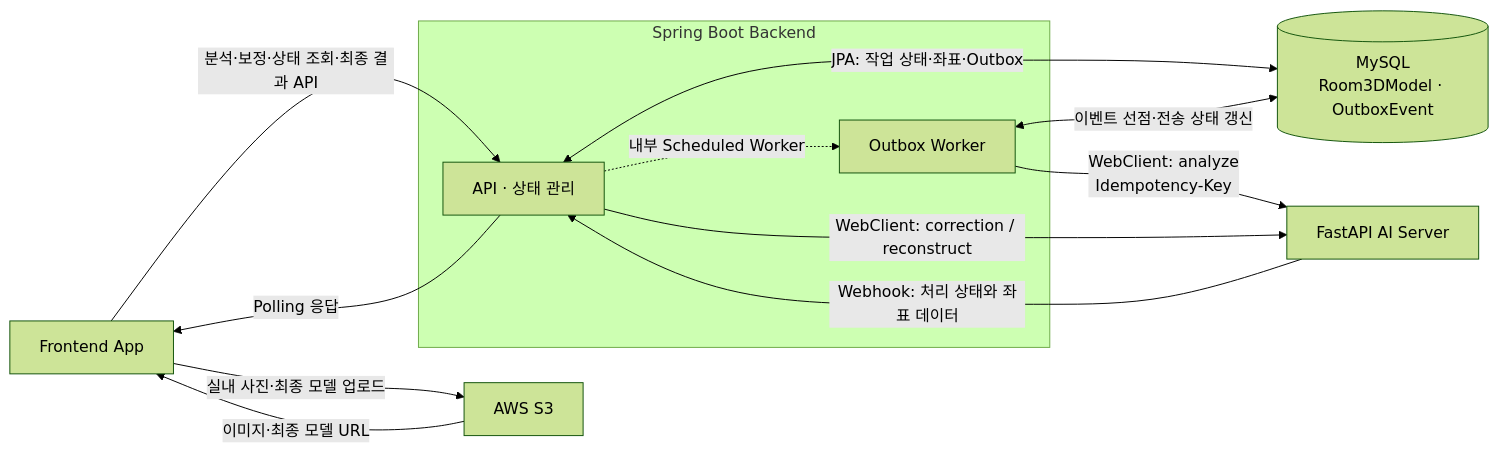
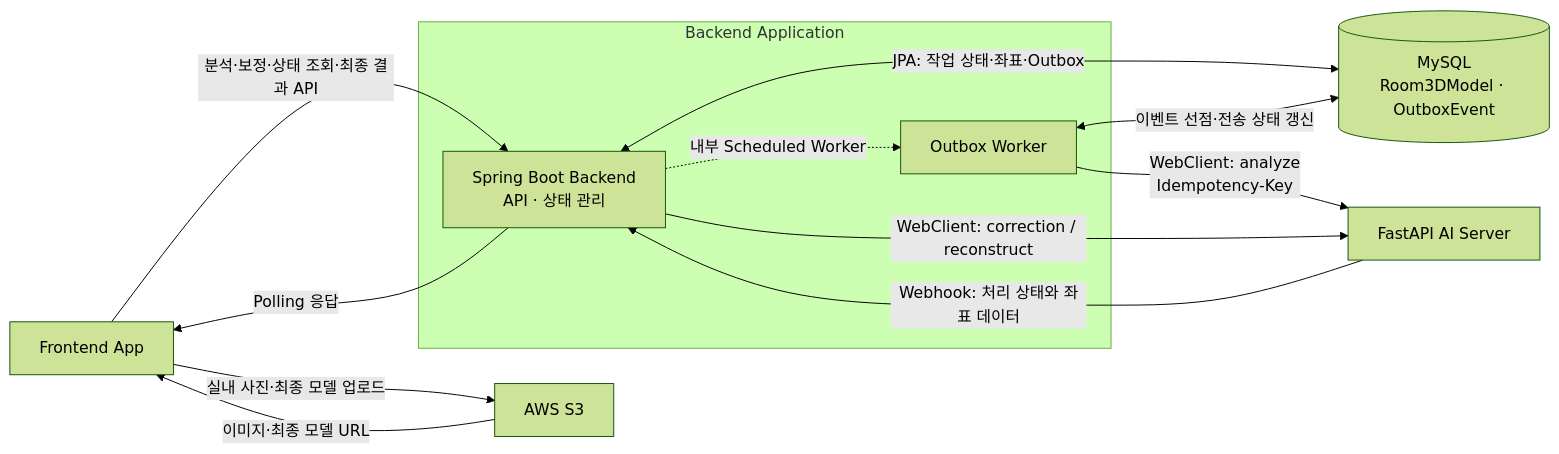
The first of 3 diagrams in README.md (wjs4379/3d-reconstruction-backend-portfolio), drawn with Mermaid (forest theme) before and after one commit. The commit also changed other lines of this file, not shown here.

Commit message:
[docs] 아키텍처 백엔드 표기 명확화

````diff
--- a/README.md
+++ b/README.md
@@ -31,22 +31,22 @@
 ```mermaid
 flowchart LR
     FE["Frontend App"]
     S3["AWS S3"]
-    subgraph APP["Spring Boot Backend"]
-        BE["API · 상태 관리"]
+    subgraph APP["Backend Application"]
+        BE["Spring Boot Backend<br/>API · 상태 관리"]
         WORKER["Outbox Worker"]
     end
     DB[("MySQL<br/>Room3DModel · OutboxEvent")]
     AI["FastAPI AI Server"]
 
     FE -->|"실내 사진·최종 모델 업로드"| S3
     S3 -->|"이미지·최종 모델 URL"| FE
     FE -->|"분석·보정·상태 조회·최종 결과 API"| BE
     BE <-->|"JPA: 작업 상태·좌표·Outbox"| DB
     BE -.->|"내부 Scheduled Worker"| WORKER
     WORKER <-->|"이벤트 선점·전송 상태 갱신"| DB
     WORKER -->|"WebClient: analyze<br/>Idempotency-Key"| AI
     BE -->|"WebClient: correction / reconstruct"| AI
     AI -->|"Webhook: 처리 상태와 좌표 데이터"| BE
     BE -->|"Polling 응답"| FE
 ```
````
